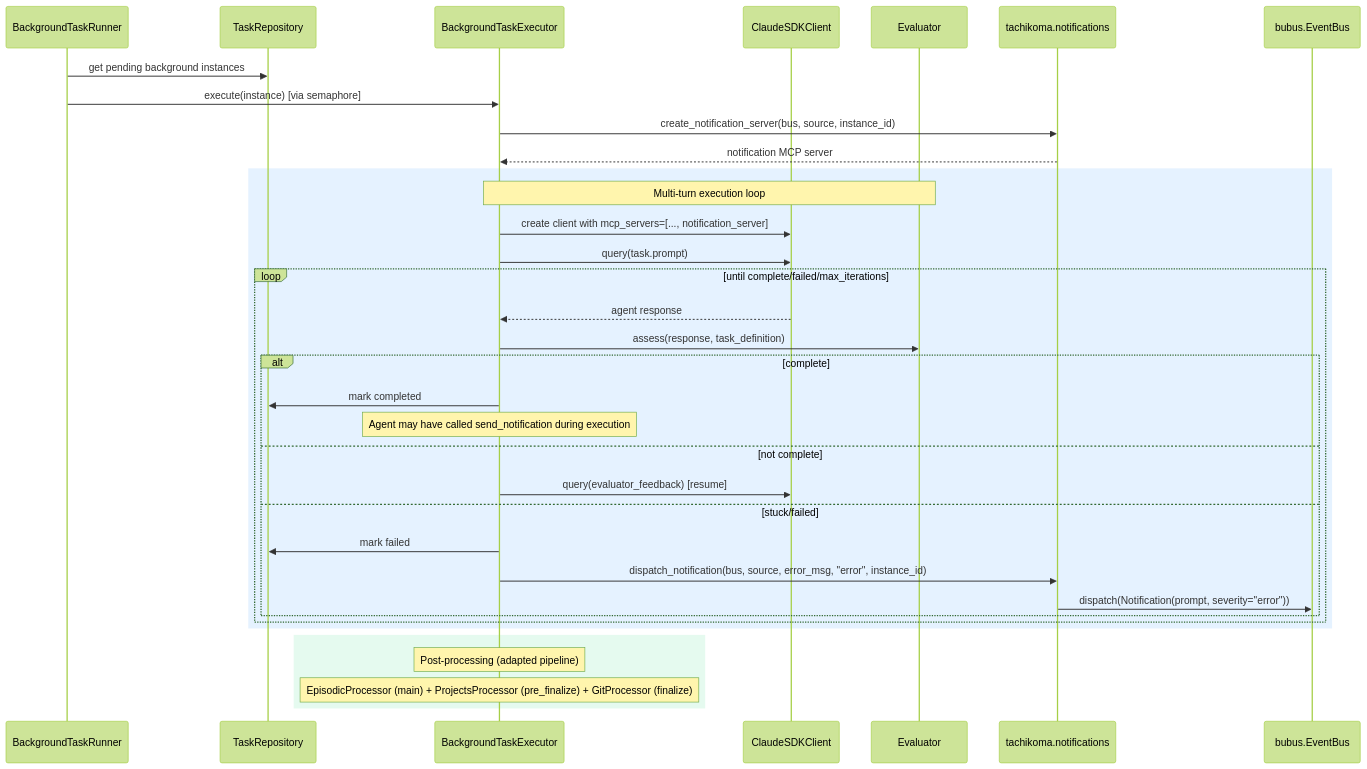
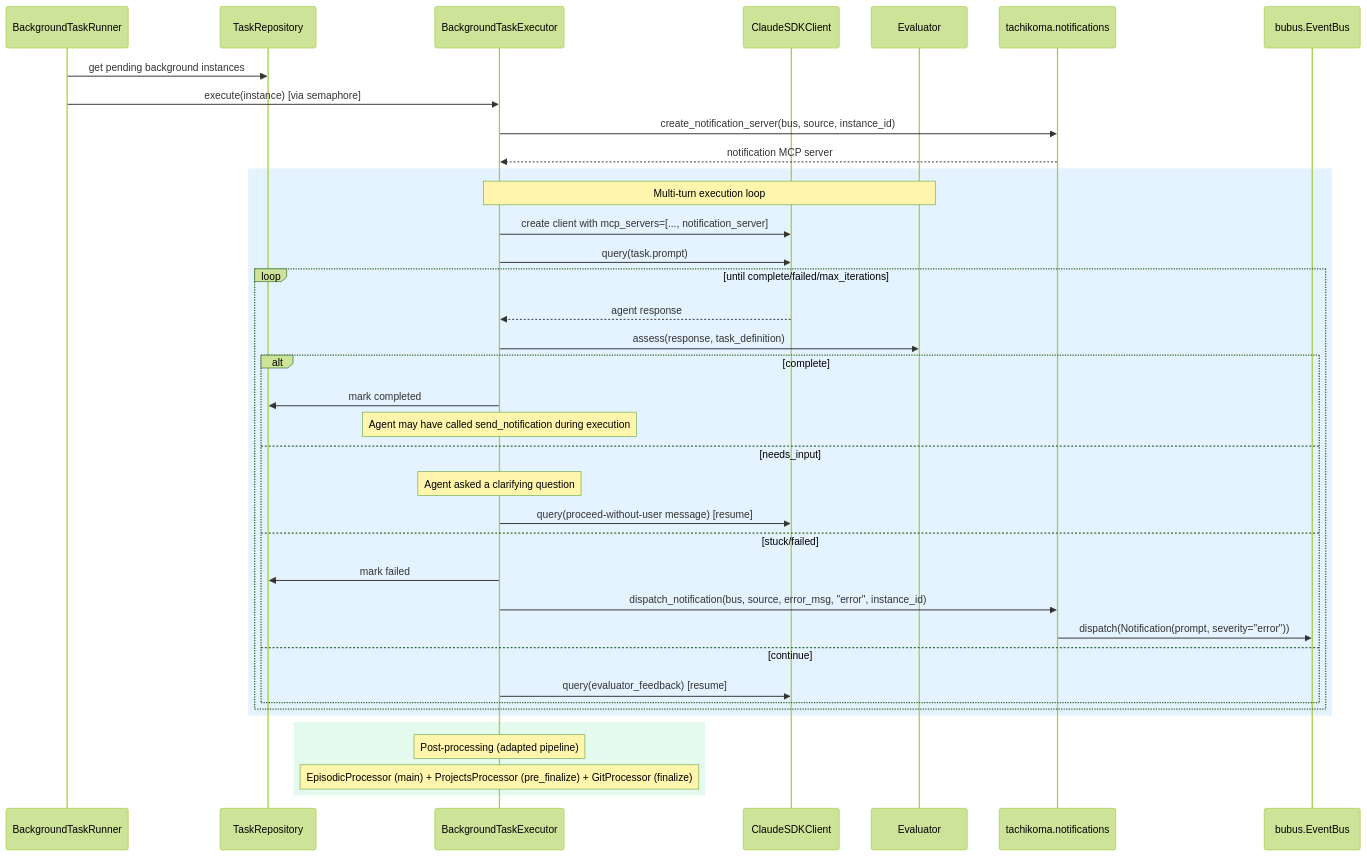
One commit to asermax/tachikoma changed the first of 2 diagrams in docs/feature-designs/tasks/background-task-execution.md. Above: the diagram before and after it, drawn with Mermaid (forest theme). The commit also changed other lines of this file and 2 other files, not shown here.

First line of the commit message:
docs(tasks): update feature docs for evaluator completion-signal redesign

````diff
--- a/docs/feature-designs/tasks/background-task-execution.md
+++ b/docs/feature-designs/tasks/background-task-execution.md
@@ -63,40 +63,43 @@
 ```mermaid
 sequenceDiagram
     participant Runner as BackgroundTaskRunner
     participant Repo as TaskRepository
     participant Exec as BackgroundTaskExecutor
     participant SDK as ClaudeSDKClient
     participant Eval as Evaluator
     participant Notif as tachikoma.notifications
     participant Bus as bubus.EventBus
 
     Runner->>Repo: get pending background instances
     Runner->>Exec: execute(instance) [via semaphore]
     Exec->>Notif: create_notification_server(bus, source, instance_id)
     Notif-->>Exec: notification MCP server
 
     rect rgba(0, 128, 255, 0.1)
         Note over Exec,Eval: Multi-turn execution loop
         Exec->>SDK: create client with mcp_servers=[..., notification_server]
         Exec->>SDK: query(task.prompt)
         loop until complete/failed/max_iterations
             SDK-->>Exec: agent response
             Exec->>Eval: assess(response, task_definition)
             alt complete
                 Exec->>Repo: mark completed
                 Note over Exec: Agent may have called send_notification during execution
-            else not complete
-                Exec->>SDK: query(evaluator_feedback) [resume]
+            else needs_input
+                Note over Exec: Agent asked a clarifying question
+                Exec->>SDK: query(proceed-without-user message) [resume]
             else stuck/failed
                 Exec->>Repo: mark failed
                 Exec->>Notif: dispatch_notification(bus, source, error_msg, "error", instance_id)
                 Notif->>Bus: dispatch(Notification(prompt, severity="error"))
+            else continue
+                Exec->>SDK: query(evaluator_feedback) [resume]
             end
         end
     end
 
     rect rgba(0, 200, 100, 0.1)
         Note over Exec: Post-processing (adapted pipeline)
         Note over Exec: EpisodicProcessor (main) + ProjectsProcessor (pre_finalize) + GitProcessor (finalize)
     end
 ```
````
